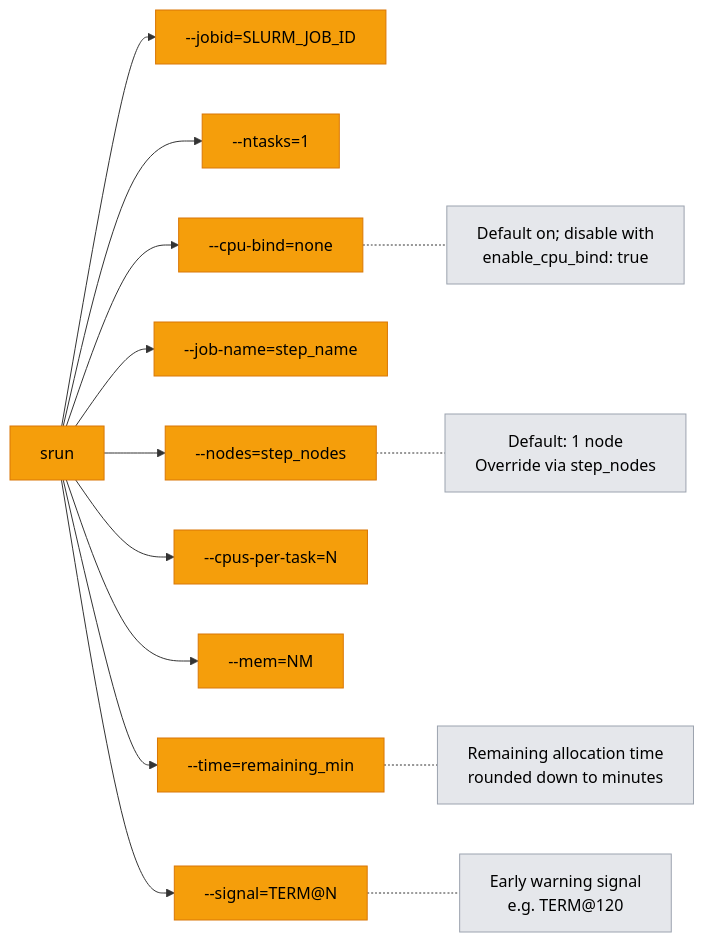
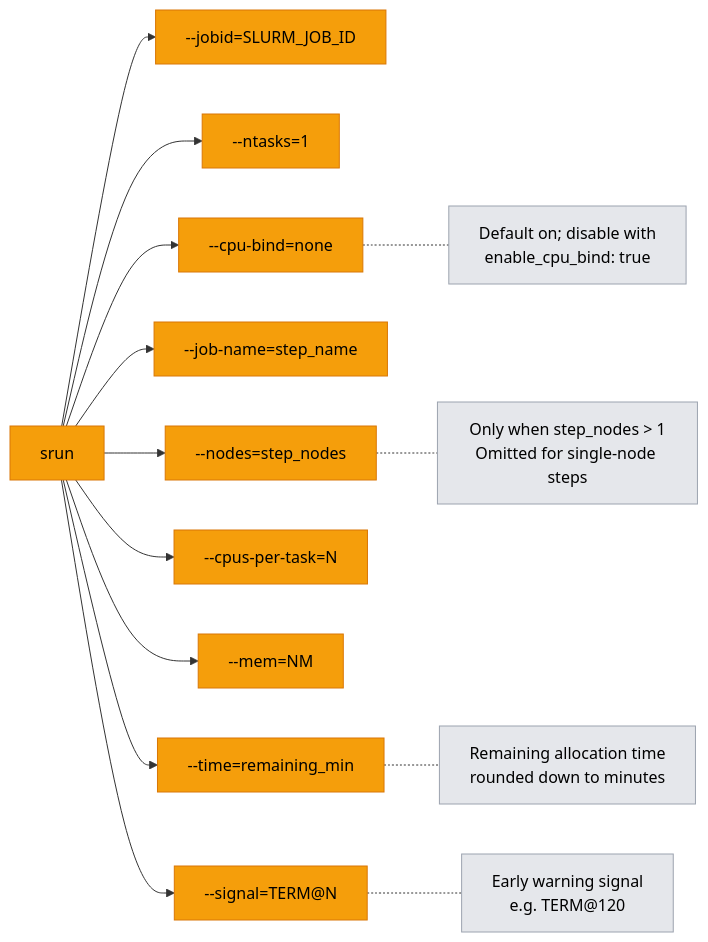
One commit to NatLabRockies/torc changed the second of 6 diagrams in docs/src/specialized/design/srun-monitoring.md. Above: the diagram before and after it, drawn with Mermaid. The commit also changed other lines of this file and 1 other file, not shown here.

Commit message:
Fix multi-node job

````diff
--- a/docs/src/specialized/design/srun-monitoring.md
+++ b/docs/src/specialized/design/srun-monitoring.md
@@ -66,32 +66,32 @@
 ```mermaid
 flowchart LR
     classDef flag fill:#f59e0b,color:#000,stroke:#d97706
     classDef note fill:#e5e7eb,color:#000,stroke:#9ca3af
 
     SRUN[srun]:::flag
     JOBID["--jobid=SLURM_JOB_ID"]:::flag
     NT["--ntasks=1"]:::flag
     CB["--cpu-bind=none"]:::flag
     JN["--job-name=step_name"]:::flag
     ND["--nodes=step_nodes"]:::flag
     CPU["--cpus-per-task=N"]:::flag
     MEM["--mem=NM"]:::flag
     TIME["--time=remaining_min"]:::flag
     SIG["--signal=TERM@N"]:::flag
 
     SRUN --> JOBID
     SRUN --> NT
     SRUN --> CB
     SRUN --> JN
     SRUN --> ND
 
-    ND -.- N1["Default: 1 node<br/>Override via step_nodes"]:::note
+    ND -.- N1["Only when step_nodes > 1<br/>Omitted for single-node steps"]:::note
     CB -.- N2["Default on; disable with<br/>enable_cpu_bind: true"]:::note
     TIME -.- N4["Remaining allocation time<br/>rounded down to minutes"]:::note
     SIG -.- N5["Early warning signal<br/>e.g. TERM@120"]:::note
 
     SRUN --> CPU
     SRUN --> MEM
     SRUN --> TIME
     SRUN --> SIG
 ```
````
